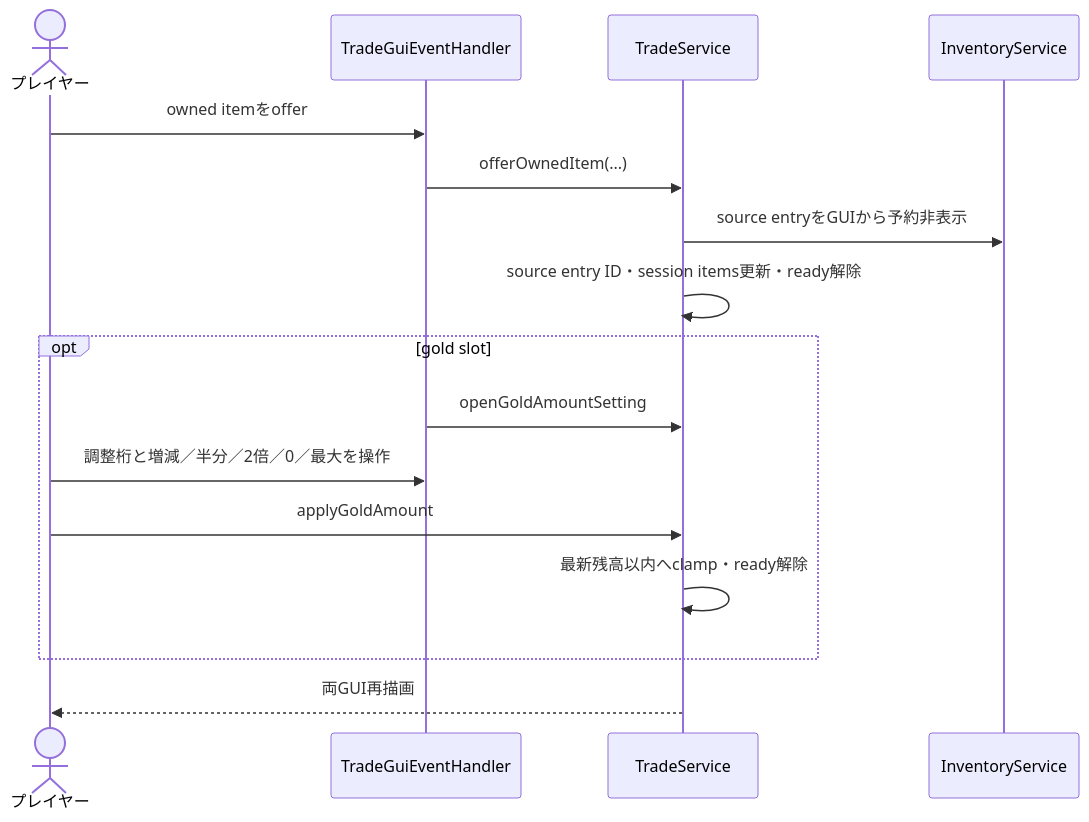
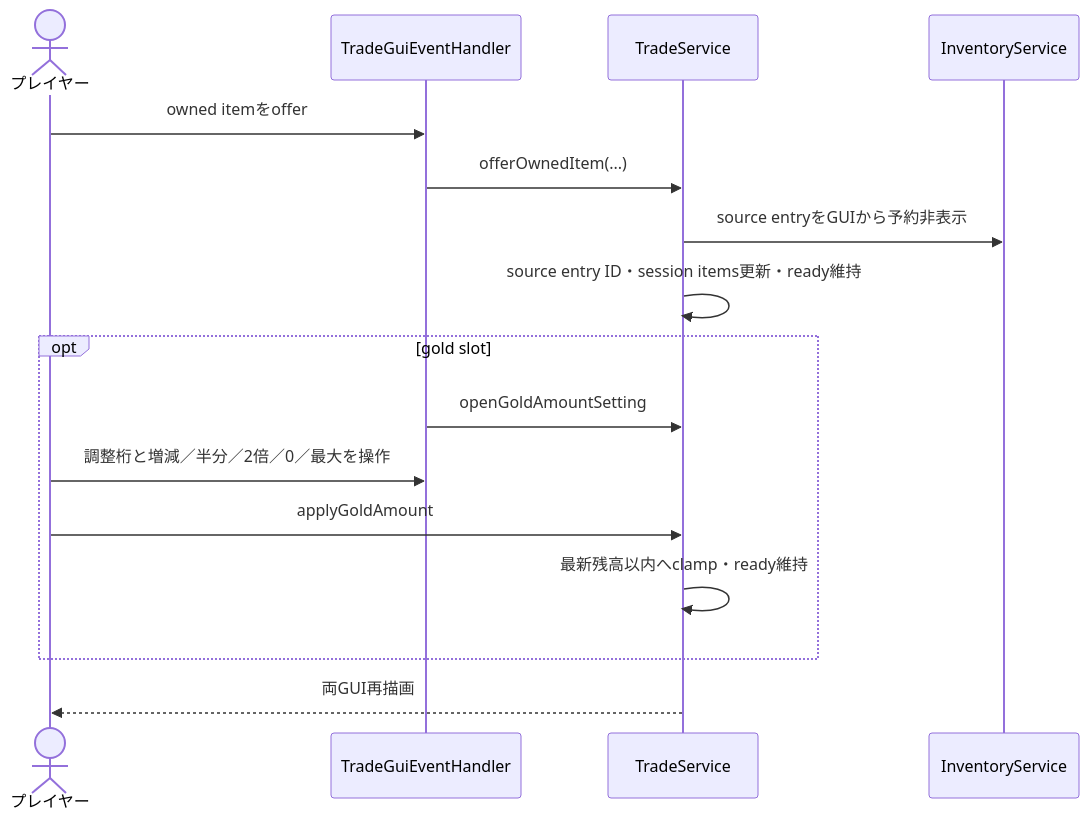
The second of 4 diagrams in 00_docs/10_Plugin設計書/feature/22-trade/22_4-統合フロー.md (maaasu/AstralRecord-Workspace), drawn with Mermaid before and after one commit. The commit also changed other lines of this file and 16 other files, not shown here.

````diff
--- a/00_docs/10_Plugin設計書/feature/22-trade/22_4-統合フロー.md
+++ b/00_docs/10_Plugin設計書/feature/22-trade/22_4-統合フロー.md
@@ -36,18 +36,18 @@
 ```mermaid
 sequenceDiagram
     actor Player as プレイヤー
     participant GUI as TradeGuiEventHandler
     participant Trade as TradeService
     participant Inventory as InventoryService
     Player->>GUI: owned itemをoffer
     GUI->>Trade: offerOwnedItem(...)
     Trade->>Inventory: source entryをGUIから予約非表示
-    Trade->>Trade: source entry ID・session items更新・ready解除
+    Trade->>Trade: source entry ID・session items更新・ready維持
     opt gold slot
         GUI->>Trade: openGoldAmountSetting
         Player->>GUI: 調整桁と増減／半分／2倍／0／最大を操作
         Player->>Trade: applyGoldAmount
-        Trade->>Trade: 最新残高以内へclamp・ready解除
+        Trade->>Trade: 最新残高以内へclamp・ready維持
     end
     Trade-->>Player: 両GUI再描画
 ```
````
